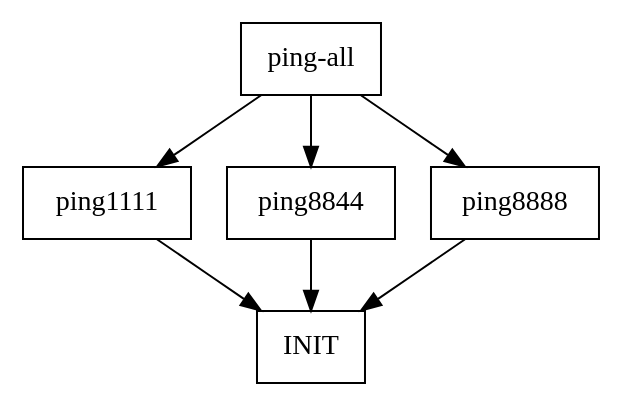
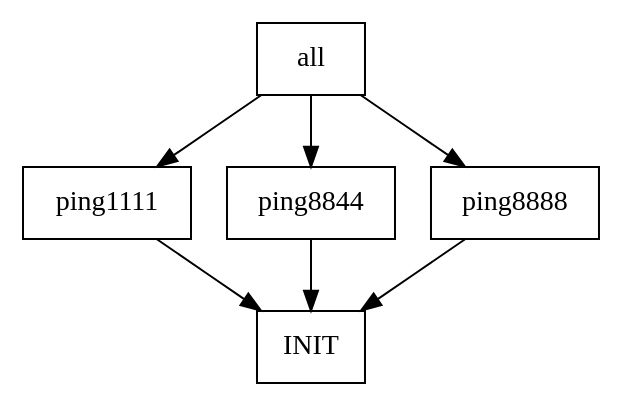
Before and after one commit to skaluzka/makbet: the diagram in docs/examples/03.ping-dns-servers/results.dot, drawn with Graphviz. The commit also changed 5 other files, not shown here.

```diff
--- a/docs/examples/03.ping-dns-servers/results.dot
+++ b/docs/examples/03.ping-dns-servers/results.dot
@@ -1,24 +1,25 @@
 
 digraph {
 
-	// Generated automatically by makbet heads/master-0-g5c50971
+	// Generated automatically by makbet heads/master-0-g351d0e3
+	// Generation date: Sat 08 Aug 2020 10:58:34 PM CEST
 	// Input: /home/user/makbet/examples/03.ping-dns-servers/Makefile
 
 	node [shape=box];
+
+	"all" -> "ping1111";
+	"all" -> "ping8844";
+	"all" -> "ping8888";
 
 	"INIT";
 
 	"ping1111" -> "INIT";
 
 	"ping8844" -> "INIT";
 
 	"ping8888" -> "INIT";
 
-	"ping-all" -> "ping1111";
-	"ping-all" -> "ping8844";
-	"ping-all" -> "ping8888";
-
 
 	// The end
 
 }
```
